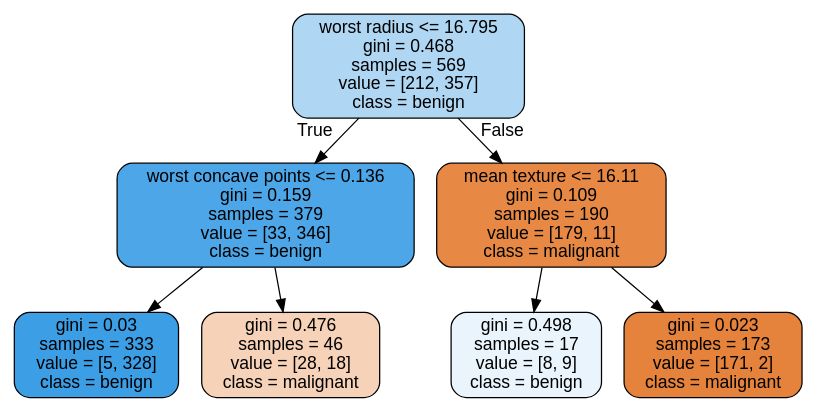
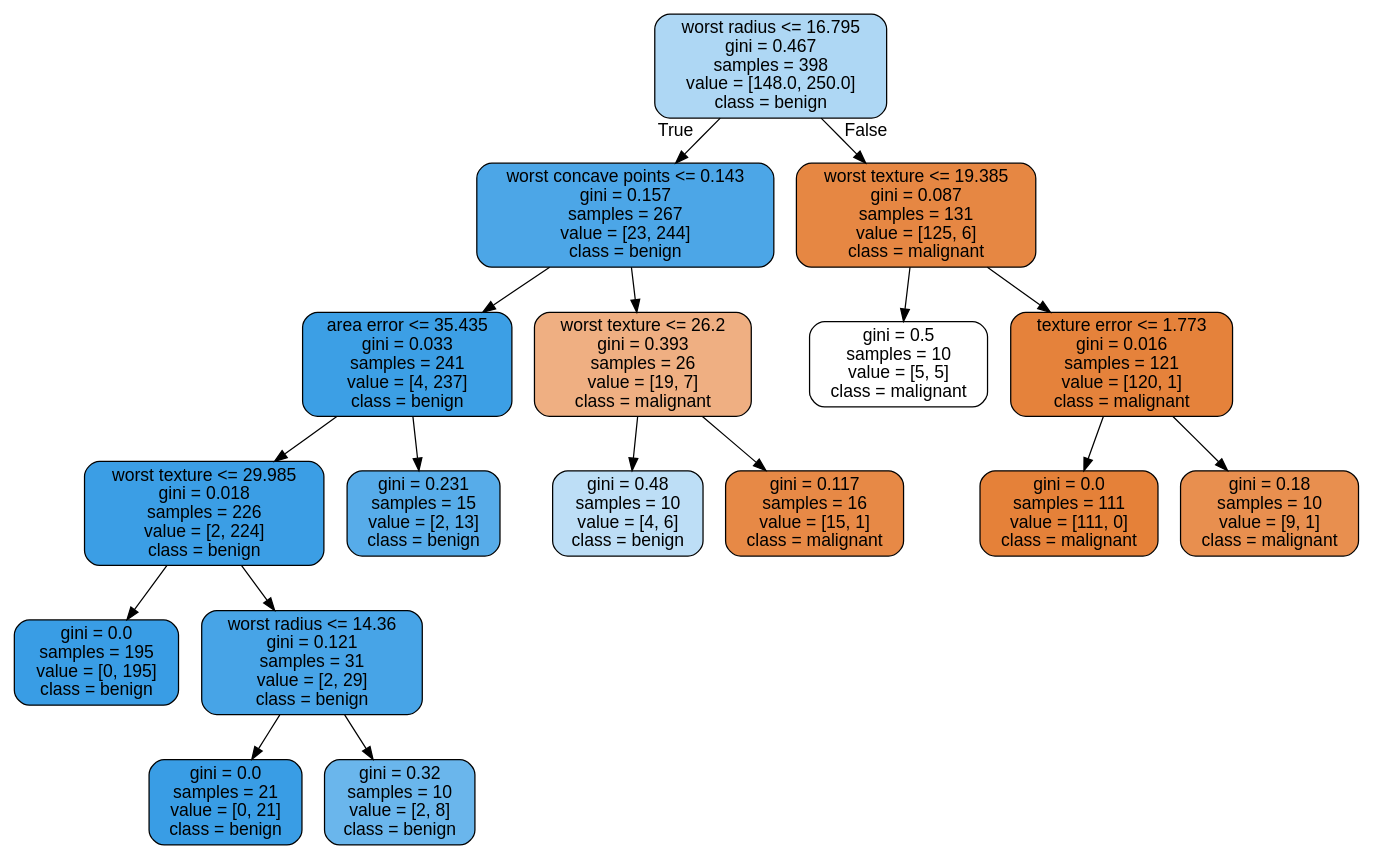
One commit to Argschadt/SistemasInteligentes changed the diagram in cancer_tree.dot. Above: the diagram before and after it, drawn with Graphviz. The commit also changed 2 other files, not shown here.

```diff
--- a/cancer_tree.dot
+++ b/cancer_tree.dot
@@ -1,17 +1,37 @@
 digraph Tree {
 node [shape=box, style="filled, rounded", color="black", fontname="helvetica"] ;
 edge [fontname="helvetica"] ;
-0 [label="worst radius <= 16.795\ngini = 0.468\nsamples = 569\nvalue = [212, 357]\nclass = benign", fillcolor="#afd7f4"] ;
-1 [label="worst concave points <= 0.136\ngini = 0.159\nsamples = 379\nvalue = [33, 346]\nclass = benign", fillcolor="#4ca6e7"] ;
+0 [label="worst radius <= 16.795\ngini = 0.467\nsamples = 398\nvalue = [148.0, 250.0]\nclass = benign", fillcolor="#aed7f4"] ;
+1 [label="worst concave points <= 0.143\ngini = 0.157\nsamples = 267\nvalue = [23, 244]\nclass = benign", fillcolor="#4ca6e7"] ;
 0 -> 1 [labeldistance=2.5, labelangle=45, headlabel="True"] ;
-2 [label="gini = 0.03\nsamples = 333\nvalue = [5, 328]\nclass = benign", fillcolor="#3c9ee5"] ;
+2 [label="area error <= 35.435\ngini = 0.033\nsamples = 241\nvalue = [4, 237]\nclass = benign", fillcolor="#3c9fe5"] ;
 1 -> 2 ;
-3 [label="gini = 0.476\nsamples = 46\nvalue = [28, 18]\nclass = malignant", fillcolor="#f6d2b8"] ;
-1 -> 3 ;
-4 [label="mean texture <= 16.11\ngini = 0.109\nsamples = 190\nvalue = [179, 11]\nclass = malignant", fillcolor="#e78945"] ;
-0 -> 4 [labeldistance=2.5, labelangle=-45, headlabel="False"] ;
-5 [label="gini = 0.498\nsamples = 17\nvalue = [8, 9]\nclass = benign", fillcolor="#e9f4fc"] ;
-4 -> 5 ;
-6 [label="gini = 0.023\nsamples = 173\nvalue = [171, 2]\nclass = malignant", fillcolor="#e5823b"] ;
-4 -> 6 ;
+3 [label="worst texture <= 29.985\ngini = 0.018\nsamples = 226\nvalue = [2, 224]\nclass = benign", fillcolor="#3b9ee5"] ;
+2 -> 3 ;
+4 [label="gini = 0.0\nsamples = 195\nvalue = [0, 195]\nclass = benign", fillcolor="#399de5"] ;
+3 -> 4 ;
+5 [label="worst radius <= 14.36\ngini = 0.121\nsamples = 31\nvalue = [2, 29]\nclass = benign", fillcolor="#47a4e7"] ;
+3 -> 5 ;
+6 [label="gini = 0.0\nsamples = 21\nvalue = [0, 21]\nclass = benign", fillcolor="#399de5"] ;
+5 -> 6 ;
+7 [label="gini = 0.32\nsamples = 10\nvalue = [2, 8]\nclass = benign", fillcolor="#6ab6ec"] ;
+5 -> 7 ;
+8 [label="gini = 0.231\nsamples = 15\nvalue = [2, 13]\nclass = benign", fillcolor="#57ace9"] ;
+2 -> 8 ;
+9 [label="worst texture <= 26.2\ngini = 0.393\nsamples = 26\nvalue = [19, 7]\nclass = malignant", fillcolor="#efaf82"] ;
+1 -> 9 ;
+10 [label="gini = 0.48\nsamples = 10\nvalue = [4, 6]\nclass = benign", fillcolor="#bddef6"] ;
+9 -> 10 ;
+11 [label="gini = 0.117\nsamples = 16\nvalue = [15, 1]\nclass = malignant", fillcolor="#e78946"] ;
+9 -> 11 ;
+12 [label="worst texture <= 19.385\ngini = 0.087\nsamples = 131\nvalue = [125, 6]\nclass = malignant", fillcolor="#e68743"] ;
+0 -> 12 [labeldistance=2.5, labelangle=-45, headlabel="False"] ;
+13 [label="gini = 0.5\nsamples = 10\nvalue = [5, 5]\nclass = malignant", fillcolor="#ffffff"] ;
+12 -> 13 ;
+14 [label="texture error <= 1.773\ngini = 0.016\nsamples = 121\nvalue = [120, 1]\nclass = malignant", fillcolor="#e5823b"] ;
+12 -> 14 ;
+15 [label="gini = 0.0\nsamples = 111\nvalue = [111, 0]\nclass = malignant", fillcolor="#e58139"] ;
+14 -> 15 ;
+16 [label="gini = 0.18\nsamples = 10\nvalue = [9, 1]\nclass = malignant", fillcolor="#e88f4f"] ;
+14 -> 16 ;
 }
```
